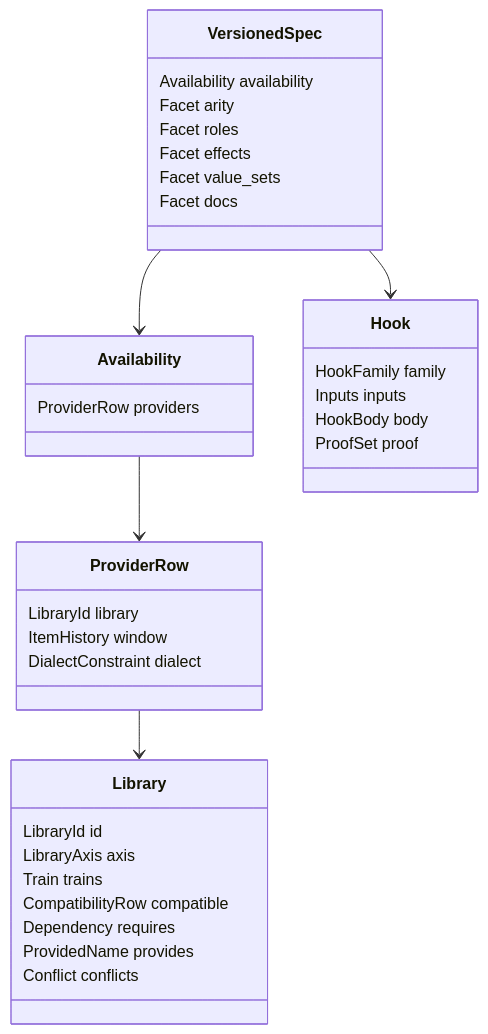
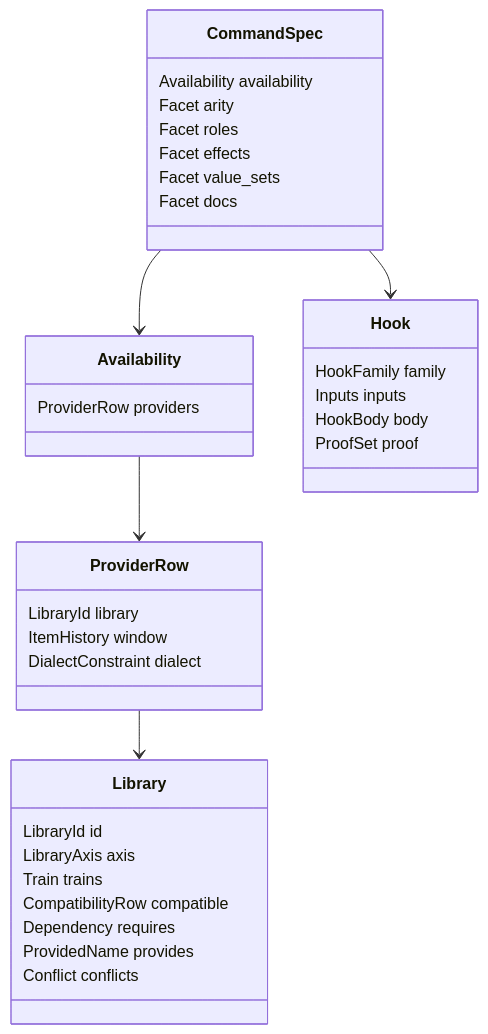
The second of 3 diagrams in docs/design/registry/spectcl-3/07-image-and-rust-parity.md (bitwisecook/tcl-lsp), drawn with Mermaid before and after one commit. The commit also changed other lines of this file and 17 other files, not shown here.

````diff
--- a/docs/design/registry/spectcl-3/07-image-and-rust-parity.md
+++ b/docs/design/registry/spectcl-3/07-image-and-rust-parity.md
@@ -165,38 +258,38 @@
 ```mermaid
 classDiagram
   class Library {
     LibraryId id
     LibraryAxis axis
     Train trains
     CompatibilityRow compatible
     Dependency requires
     ProvidedName provides
     Conflict conflicts
   }
-  class VersionedSpec {
+  class CommandSpec {
     Availability availability
     Facet arity
     Facet roles
     Facet effects
     Facet value_sets
     Facet docs
   }
   class Availability {
     ProviderRow providers
   }
   class ProviderRow {
     LibraryId library
     ItemHistory window
     DialectConstraint dialect
   }
   class Hook {
     HookFamily family
     Inputs inputs
     HookBody body
     ProofSet proof
   }
-  VersionedSpec --> Availability
+  CommandSpec --> Availability
   Availability --> ProviderRow
   ProviderRow --> Library
-  VersionedSpec --> Hook
+  CommandSpec --> Hook
 ```
````
